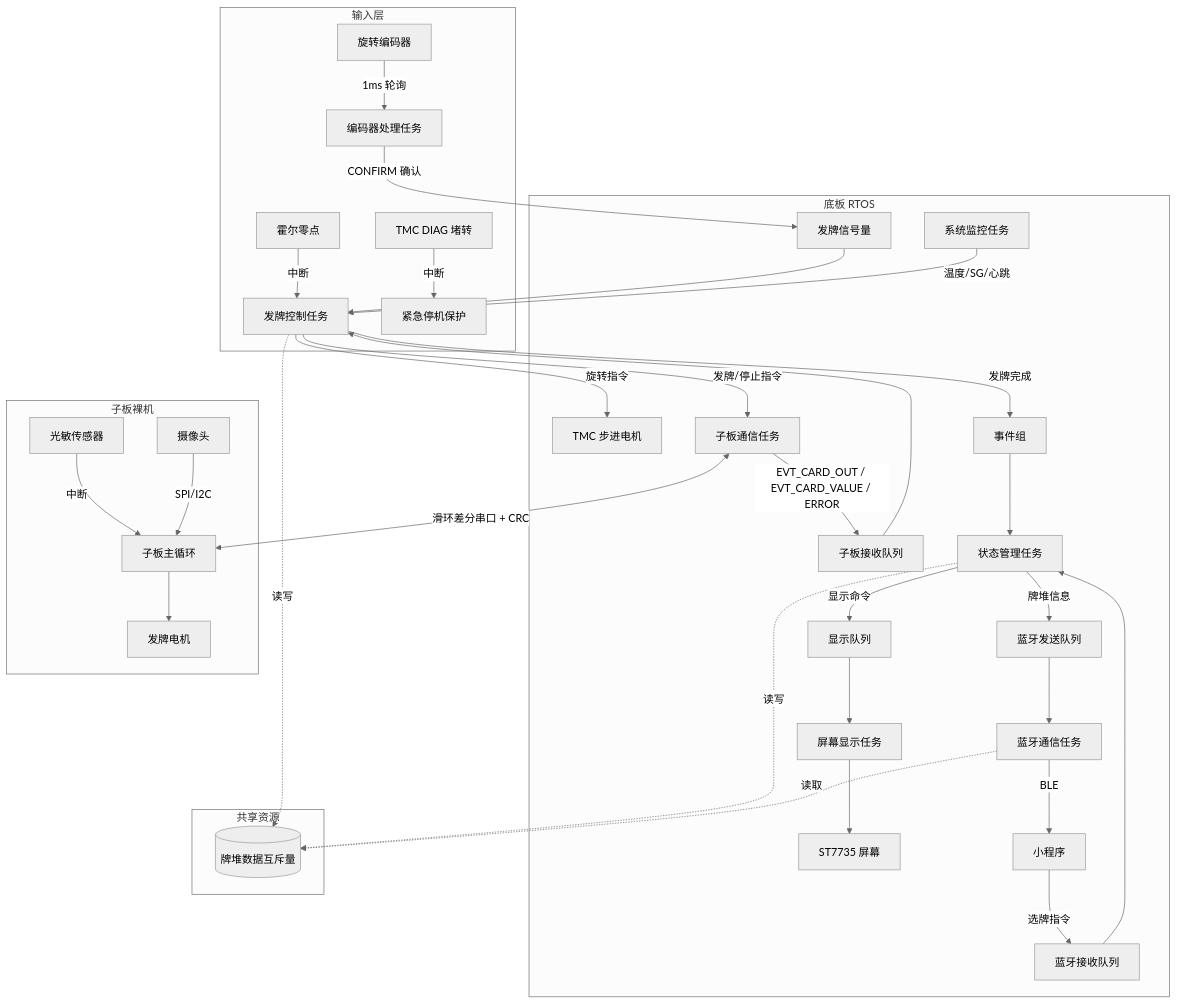
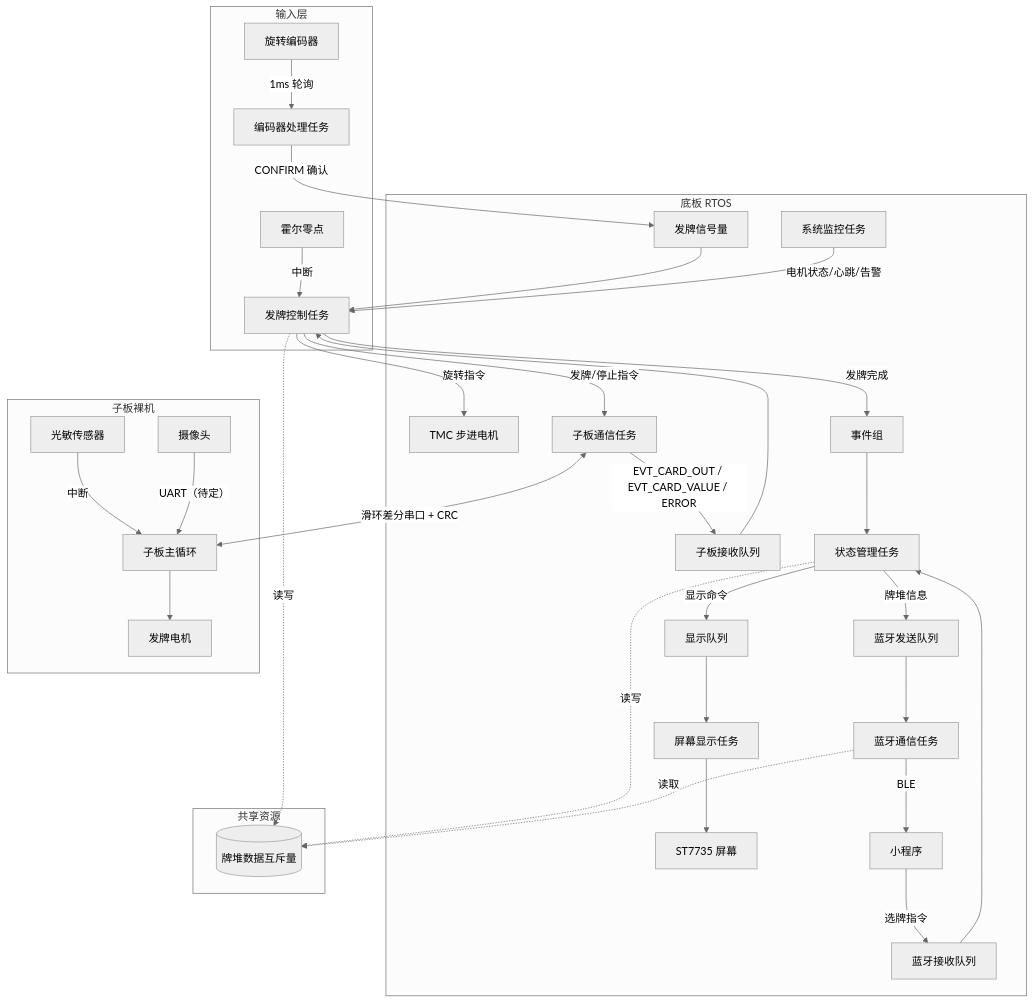
Before and after one commit to psh25/Poker: the second of 2 diagrams in docs/architecture_v2.md, drawn with Mermaid (neutral theme). The commit also changed other lines of this file and 17 other files, not shown here.

````diff
--- a/docs/architecture_v2.md
+++ b/docs/architecture_v2.md
@@ -251,42 +248,41 @@
 ```mermaid
 flowchart TD
     subgraph 输入层
         Enc[旋转编码器] -->|1ms 轮询| EncTask[编码器处理任务]
         Hall[霍尔零点] -->|中断| DealTask
-        Diag[TMC DIAG 堵转] -->|中断| MotorStop[紧急停机保护]
     end
 
     subgraph 底板 RTOS
         EncTask -->|CONFIRM 确认| DealSem[发牌信号量]
         DealSem --> DealTask[发牌控制任务]
         DealTask -->|旋转指令| Motor[TMC 步进电机]
         DealTask -->|发牌/停止指令| SubComm[子板通信任务]
         SubComm -->|EVT_CARD_OUT / EVT_CARD_VALUE / ERROR| SubQ[子板接收队列]
         SubQ --> DealTask
         DealTask -->|发牌完成| StateEvt[事件组]
         StateEvt --> StateMgr[状态管理任务]
         StateMgr -->|显示命令| DispQ[显示队列]
         DispQ --> DispTask[屏幕显示任务]
         DispTask --> Screen[ST7735 屏幕]
         StateMgr -->|牌堆信息| BTTxQ[蓝牙发送队列]
         BTTxQ --> BTTask[蓝牙通信任务]
         BTTask -->|BLE| Phone[小程序]
         Phone -->|选牌指令| BTRxQ[蓝牙接收队列]
         BTRxQ --> StateMgr
-        Mon[系统监控任务] -->|温度/SG/心跳| DealTask
+        Mon[系统监控任务] -->|电机状态/心跳/告警| DealTask
     end
 
     subgraph 子板裸机
         SubComm <-->|滑环差分串口 + CRC| SubLoop[子板主循环]
         SubLoop --> SubMotor[发牌电机]
         Photo[光敏传感器] -->|中断| SubLoop
-        Cam[摄像头] -->|SPI/I2C| SubLoop
+        Cam[摄像头] -->|UART（待定）| SubLoop
     end
 
     subgraph 共享资源
         Mutex[(牌堆数据互斥量)]
         StateMgr -.->|读写| Mutex
         DealTask -.->|读写| Mutex
         BTTask -.->|读取| Mutex
     end
 ```
````
